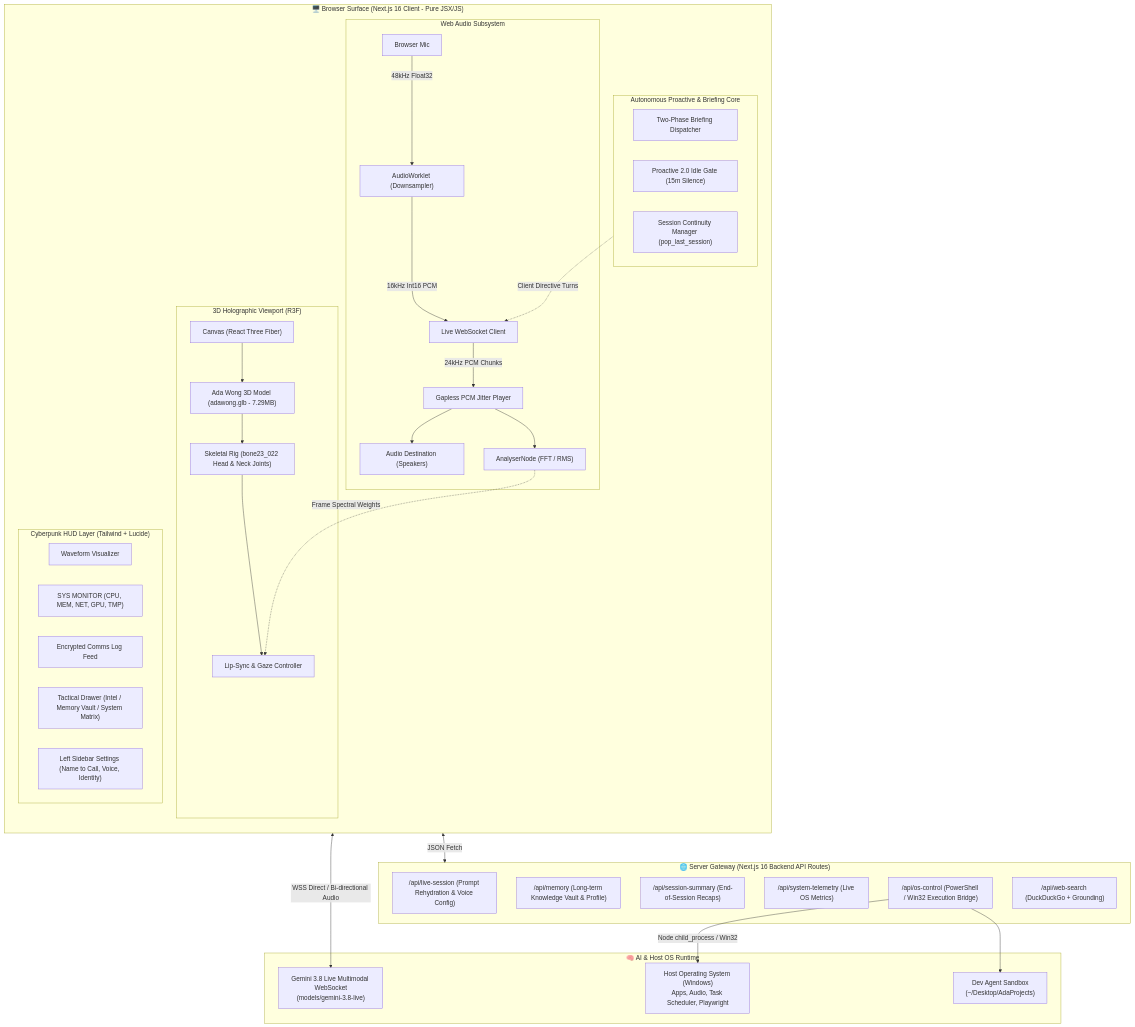
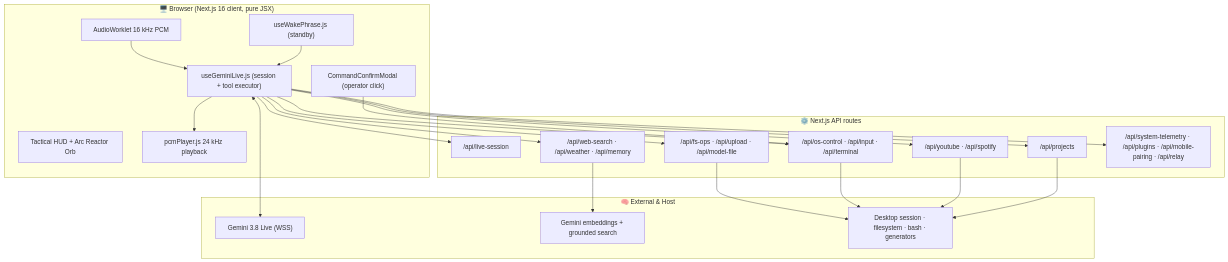
Before and after one commit to bhavyajustchill/ultron-ai: the diagram in docs/ARCHITECTURE.md, drawn with Mermaid. The commit also changed other lines of this file and 39 other files, not shown here.

````diff
--- a/docs/ARCHITECTURE.md
+++ b/docs/ARCHITECTURE.md
@@ -22,58 +18,34 @@
 ```mermaid
 flowchart TB
-    subgraph BrowserSurface ["🖥️ Browser Surface (Next.js 16 Client - Pure JSX/JS)"]
-        direction TB
-        subgraph Viewport3D ["3D Holographic Viewport (R3F)"]
-            ThreeCanvas["Canvas (React Three Fiber)"]
-            AdaModel["Ada Wong 3D Model (adawong.glb - 7.29MB)"]
-            BoneRig["Skeletal Rig (bone23_022 Head & Neck Joints)"]
-            MorphDriver["Lip-Sync & Gaze Controller"]
-            ThreeCanvas --> AdaModel --> BoneRig --> MorphDriver
-        end
-
-        subgraph AudioCore ["Web Audio Subsystem"]
-            Mic["Browser Mic"] -->|48kHz Float32| Worklet["AudioWorklet (Downsampler)"]
-            Worklet -->|16kHz Int16 PCM| WSClient["Live WebSocket Client"]
-            WSClient -->|24kHz PCM Chunks| JitterQueue["Gapless PCM Jitter Player"]
-            JitterQueue --> OutputDest["Audio Destination (Speakers)"]
-            JitterQueue --> Analyser["AnalyserNode (FFT / RMS)"]
-        end
-
-        Analyser -.->|Frame Spectral Weights| MorphDriver
-
-        subgraph ProactiveCore ["Autonomous Proactive & Briefing Core"]
-            Briefing["Two-Phase Briefing Dispatcher"]
-            Proactive["Proactive 2.0 Idle Gate (15m Silence)"]
-            SessionTracker["Session Continuity Manager (pop_last_session)"]
-        end
-
-        subgraph HUD ["Cyberpunk HUD Layer (Tailwind + Lucide)"]
-            Waveform["Waveform Visualizer"]
-            Telemetry["SYS MONITOR (CPU, MEM, NET, GPU, TMP)"]
-            LogFeed["Encrypted Comms Log Feed"]
-            Drawer["Tactical Drawer (Intel / Memory Vault / System Matrix)"]
-            SettingsHUD["Left Sidebar Settings (Name to Call, Voice, Identity)"]
-        end
+    subgraph Browser ["🖥️ Browser (Next.js 16 client, pure JSX)"]
+        HUD["Tactical HUD + Arc Reactor Orb"]
+        Live["useGeminiLive.js (session + tool executor)"]
+        Mic["AudioWorklet 16 kHz PCM"] --> Live
+        Live --> Player["pcmPlayer.js 24 kHz playback"]
+        Wake["useWakePhrase.js (standby)"] --> Live
+        Gate["CommandConfirmModal (operator click)"]
     end
 
-    subgraph ServerGateway ["🌐 Server Gateway (Next.js 16 Backend API Routes)"]
-        APIAuth["/api/live-session (Prompt Rehydration & Voice Config)"]
-        APIMemory["/api/memory (Long-term Knowledge Vault & Profile)"]
-        APISession["/api/session-summary (End-of-Session Recaps)"]
-        APITelemetry["/api/system-telemetry (Live OS Metrics)"]
-        APIOS["/api/os-control (PowerShell / Win32 Execution Bridge)"]
-        APISearch["/api/web-search (DuckDuckGo + Grounding)"]
+    subgraph Server ["⚙️ Next.js API routes"]
+        Session["/api/live-session"]
+        Files["/api/fs-ops · /api/upload · /api/model-file"]
+        Desktop["/api/os-control · /api/input · /api/terminal"]
+        Intel["/api/web-search · /api/weather · /api/memory"]
+        Media["/api/youtube · /api/spotify"]
+        Projects["/api/projects"]
+        Misc["/api/system-telemetry · /api/plugins · /api/mobile-pairing · /api/relay"]
     end
 
-    subgraph ExternalIntelligence ["🧠 AI & Host OS Runtime"]
-        GeminiLive["Gemini 3.8 Live Multimodal WebSocket\n(models/gemini-3.8-live)"]
-        HostOS["Host Operating System (Windows)\nApps, Audio, Task Scheduler, Playwright"]
-        DevWorkspace["Dev Agent Sandbox\n(~/Desktop/AdaProjects)"]
+    subgraph External ["🧠 External & Host"]
+        Gemini["Gemini 3.8 Live (WSS)"]
+        GoogleAPIs["Gemini embeddings + grounded search"]
+        Host["Desktop session · filesystem · bash · generators"]
     end
 
-    WSClient <-->|WSS Direct / Bi-directional Audio| GeminiLive
-    ProactiveCore -.->|Client Directive Turns| WSClient
-    BrowserSurface <-->|JSON Fetch| ServerGateway
-    APIOS -->|Node child_process / Win32| HostOS
-    APIOS --> DevWorkspace
+    Live <--> Gemini
+    Live --> Session
+    Live --> Files & Desktop & Intel & Media & Projects & Misc
+    Gate --> Desktop
+    Intel --> GoogleAPIs
+    Files & Desktop & Media & Projects --> Host
 ```
````
